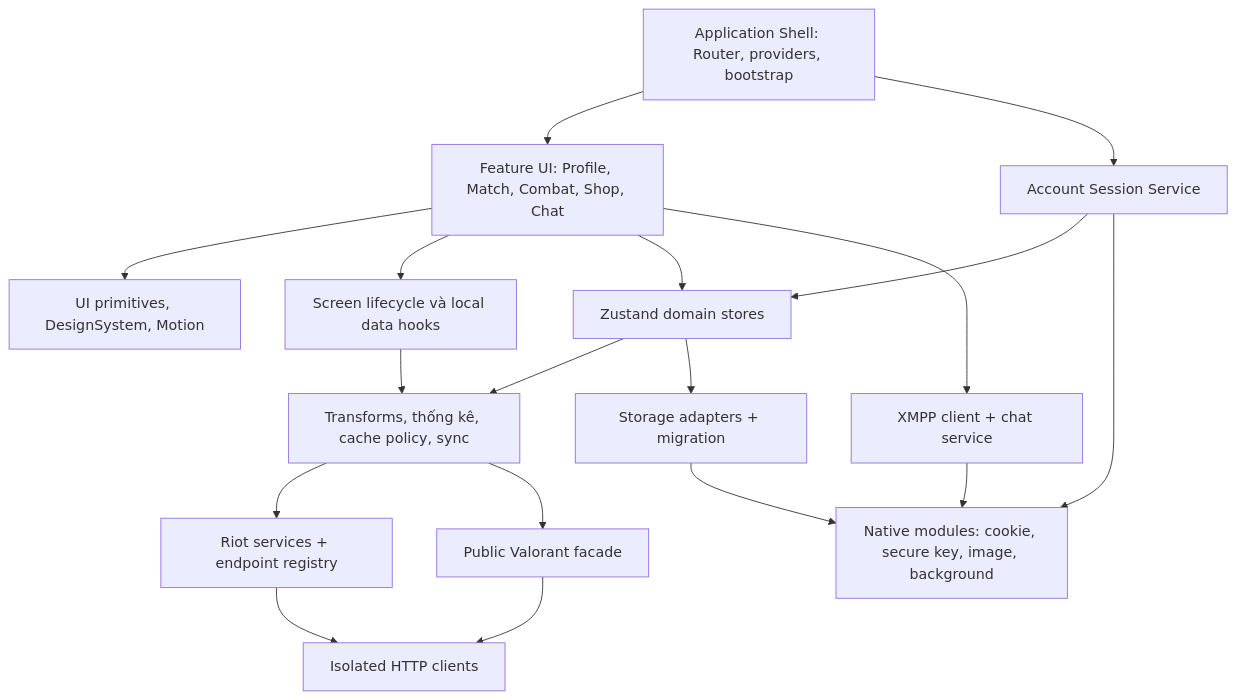
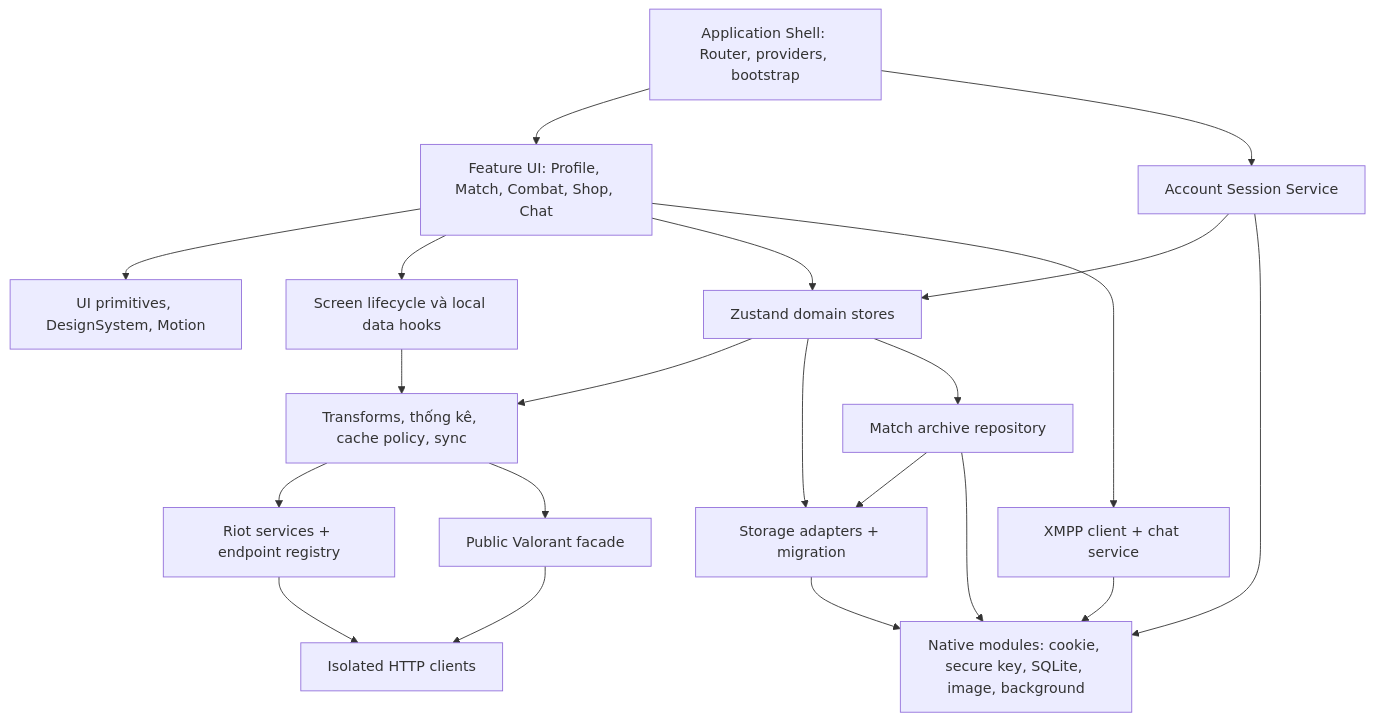
Before and after one commit to GinzaTech/Vshop: the diagram in markdown/11-component.md, drawn with Mermaid. The commit also changed other lines of this file and 56 other files, not shown here.

````diff
--- a/markdown/11-component.md
+++ b/markdown/11-component.md
@@ -5,33 +5,37 @@
 ```mermaid
 flowchart TB
     Shell[Application Shell: Router, providers, bootstrap]
     UI[Feature UI: Profile, Match, Combat, Shop, Chat]
     Primitives[UI primitives, DesignSystem, Motion]
     Stores[Zustand domain stores]
     Hooks[Screen lifecycle và local data hooks]
     Domain[Transforms, thống kê, cache policy, sync]
     Session[Account Session Service]
     Riot[Riot services + endpoint registry]
     Public[Public Valorant facade]
     HTTP[Isolated HTTP clients]
     Persist[Storage adapters + migration]
+    Archive[Match archive repository]
     Chat[XMPP client + chat service]
-    Native[Native modules: cookie, secure key, image, background]
+    Native[Native modules: cookie, secure key, SQLite, image, background]
     Shell --> UI
     Shell --> Session
     UI --> Primitives
     UI --> Hooks
     UI --> Stores
     Hooks --> Domain
     Stores --> Domain
     Session --> Stores
     Domain --> Riot
     Domain --> Public
     Riot --> HTTP
     Public --> HTTP
     Stores --> Persist
+    Stores --> Archive
+    Archive --> Persist
+    Archive --> Native
     Persist --> Native
     Session --> Native
     UI --> Chat
     Chat --> Native
 ```
````
